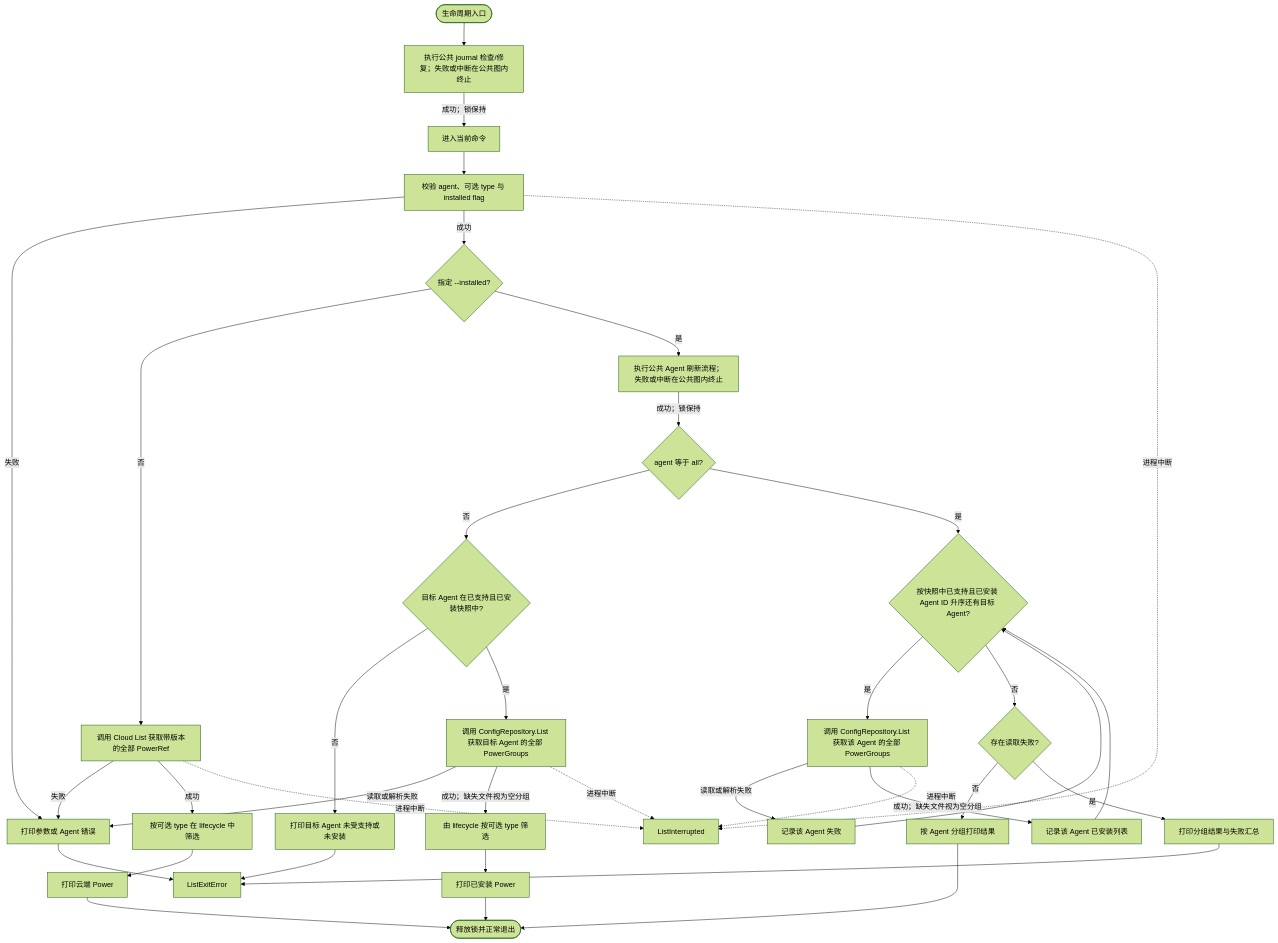
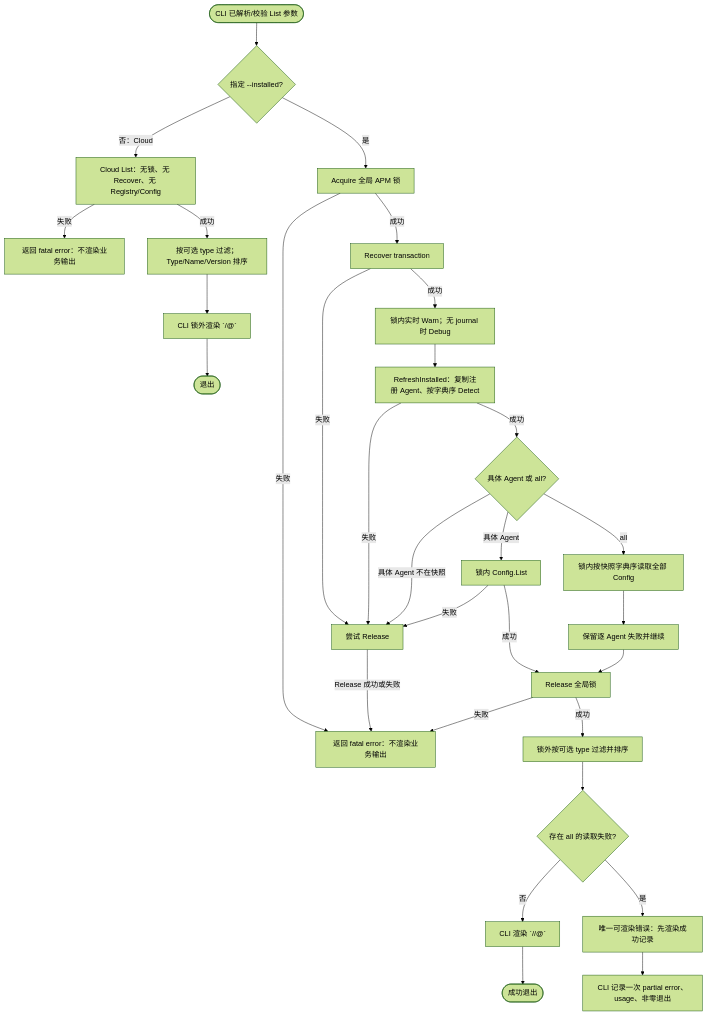
The diagram in ivory-tower/c4/components/apm-cli-lifecycle-diagrams/list.mmd (spacemit-com/agent-power-manager), drawn with Mermaid (forest theme) before and after one commit. The commit also changed 17 other files, not shown here.

Commit message:
docs(list): record lifecycle implementation

```diff
--- a/ivory-tower/c4/components/apm-cli-lifecycle-diagrams/list.mmd
+++ b/ivory-tower/c4/components/apm-cli-lifecycle-diagrams/list.mmd
@@ -1,30 +1,28 @@
 flowchart TD
-    ListStart([生命周期入口]) --> ListRecovery[执行公共 journal 检查/修复；失败或中断在公共图内终止]
-    ListRecovery -->|成功；锁保持| ListCommand[进入当前命令]
+    ListStart([CLI 已解析/校验 List 参数]) --> ListInstalled{指定 --installed?}
+    ListInstalled -->|否：Cloud| CloudList[Cloud List：无锁、无 Recover、无 Registry/Config]
+    CloudList -->|失败| CloudFail[返回 fatal error：不渲染业务输出]
+    CloudList -->|成功| CloudCompute[按可选 type 过滤；Type/Name/Version 排序]
+    CloudCompute --> CloudRender[CLI 锁外渲染 `<type>/<name>@<version>`] --> CloudExit([退出])
 
-    ListCommand --> ListValidate[校验 agent、可选 type 与 installed flag]
-    ListValidate -->|失败| ListFail[打印参数或 Agent 错误] --> ListExitError
-    ListValidate -->|成功| ListInstalled{指定 --installed?}
-    ListInstalled -->|否| ListCloudList[调用 Cloud List 获取带版本的全部 PowerRef]
-    ListCloudList -->|失败| ListFail
-    ListCloudList -->|成功| ListFilterCloud[按可选 type 在 lifecycle 中筛选]
-    ListFilterCloud --> ListPrintCloud[打印云端 Power] --> ListExitOK([释放锁并正常退出])
-    ListInstalled -->|是| ListDiscovery[执行公共 Agent 刷新流程；失败或中断在公共图内终止]
-    ListDiscovery -->|成功；锁保持| ListAll{agent 等于 all?}
-    ListAll -->|否| ListTarget{目标 Agent 在已支持且已安装快照中?}
-    ListTarget -->|否| ListUnavailable[打印目标 Agent 未受支持或未安装] --> ListExitError
-    ListTarget -->|是| ListReadOne[调用 ConfigRepository.List 获取目标 Agent 的全部 PowerGroups]
-    ListReadOne -->|读取或解析失败| ListFail
-    ListReadOne -->|成功；缺失文件视为空分组| ListLocalType[由 lifecycle 按可选 type 筛选]
-    ListLocalType --> ListPrintOne[打印已安装 Power] --> ListExitOK
-    ListAll -->|是| ListNextAgent{按快照中已支持且已安装 Agent ID 升序还有目标 Agent?}
-    ListNextAgent -->|是| ListReadAgent[调用 ConfigRepository.List 获取该 Agent 的全部 PowerGroups]
-    ListReadAgent -->|读取或解析失败| ListRecordFailure[记录该 Agent 失败] --> ListNextAgent
-    ListReadAgent -->|成功；缺失文件视为空分组| ListRecordList[记录该 Agent 已安装列表] --> ListNextAgent
-    ListNextAgent -->|否| ListAnyFailure{存在读取失败?}
-    ListAnyFailure -->|否| ListPrintAll[按 Agent 分组打印结果] --> ListExitOK
-    ListAnyFailure -->|是| ListPrintPartial[打印分组结果与失败汇总] --> ListExitError
-    ListCloudList -.进程中断.-> ListInterrupted
-    ListValidate -.进程中断.-> ListInterrupted
-    ListReadOne -.进程中断.-> ListInterrupted
-    ListReadAgent -.进程中断.-> ListInterrupted
+    ListInstalled -->|是| Acquire[Acquire 全局 APM 锁]
+    Acquire -->|失败| Fatal[返回 fatal error：不渲染业务输出]
+    Acquire -->|成功| Recover[Recover transaction]
+    Recover -->|失败| ReleaseFatal[尝试 Release]
+    Recover -->|成功| Warn[锁内实时 Warn；无 journal 时 Debug]
+    Warn --> Refresh[RefreshInstalled：复制注册 Agent、按字典序 Detect]
+    Refresh -->|失败| ReleaseFatal
+    Refresh -->|成功| Select{具体 Agent 或 all?}
+    Select -->|具体 Agent 不在快照| ReleaseFatal
+    Select -->|具体 Agent| ReadOne[锁内 Config.List]
+    ReadOne -->|失败| ReleaseFatal
+    ReadOne -->|成功| ReleaseSuccess[Release 全局锁]
+    Select -->|all| ReadAll[锁内按快照字典序读取全部 Config]
+    ReadAll --> PartialStore[保留逐 Agent 失败并继续]
+    PartialStore --> ReleaseSuccess
+    ReleaseFatal -->|Release 成功或失败| Fatal
+    ReleaseSuccess -->|失败| Fatal
+    ReleaseSuccess -->|成功| InstalledCompute[锁外按可选 type 过滤并排序]
+    InstalledCompute --> HasPartial{存在 all 的读取失败?}
+    HasPartial -->|否| InstalledRender[CLI 渲染 `<agent>/<type>/<name>@<version>`] --> InstalledExit([成功退出])
+    HasPartial -->|是| PartialRender[唯一可渲染错误：先渲染成功记录] --> PartialError[CLI 记录一次 partial error、usage、非零退出]
```
